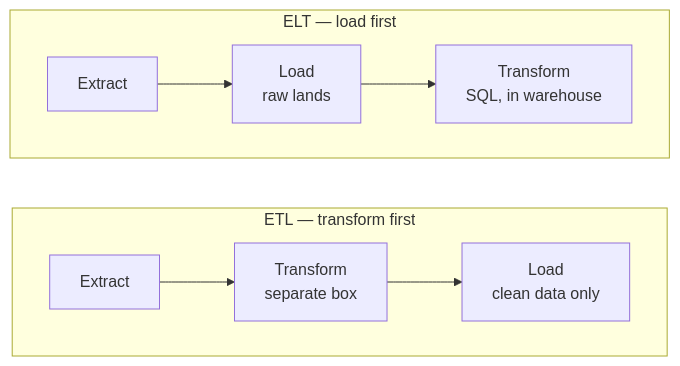
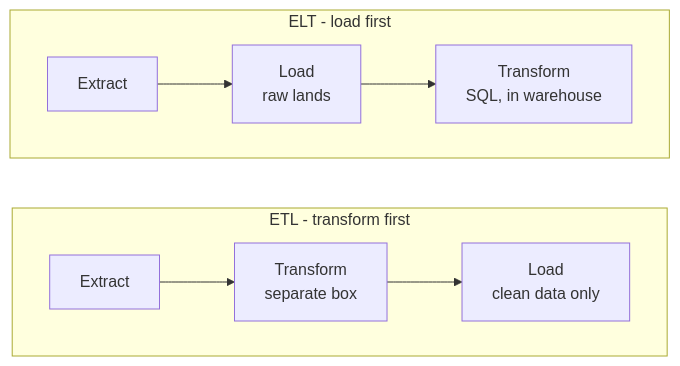
Before and after one commit to Topurrra/themissingmanual: the diagram in guides/data-analytics/etl-elt-pipelines/02-etl-vs-elt.md, drawn with Mermaid. The commit also changed other lines of this file and 1009 other files, not shown here.

````diff
--- a/guides/data-analytics/etl-elt-pipelines/02-etl-vs-elt.md
+++ b/guides/data-analytics/etl-elt-pipelines/02-etl-vs-elt.md
@@ -22,11 +22,11 @@
 ```mermaid
 flowchart LR
-  subgraph ETL [ETL — transform first]
+  subgraph ETL [ETL - transform first]
     direction LR
     E1[Extract] --> T1[Transform<br/>separate box] --> L1[Load<br/>clean data only]
   end
-  subgraph ELT [ELT — load first]
+  subgraph ELT [ELT - load first]
     direction LR
     E2[Extract] --> L2[Load<br/>raw lands] --> T2[Transform<br/>SQL, in warehouse]
   end
 ```
````
